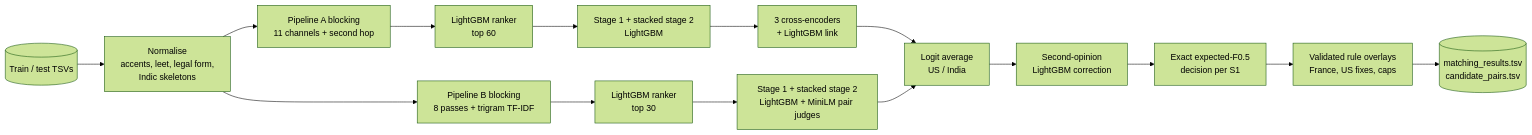
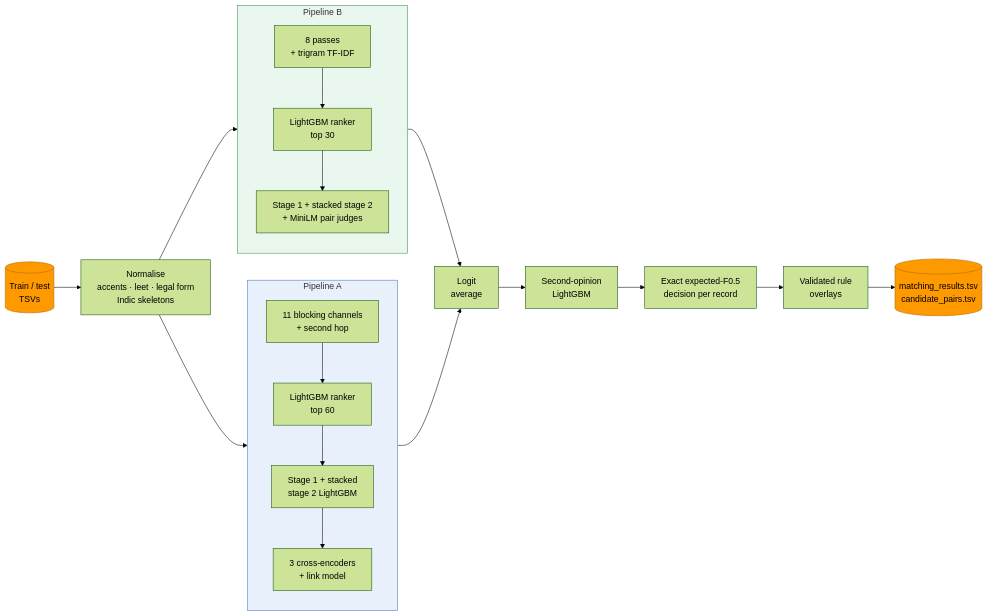
The second of 2 diagrams in README.md (TanmayRawal/amazon_ml_challenge), drawn with Mermaid (forest theme) before and after one commit. The commit also changed other lines of this file and 1 other file, not shown here.

Commit message:
Redesign README with banner, results chart, architecture diagram and stage guide

````diff
--- a/README.md
+++ b/README.md
@@ -29,17 +97,30 @@
 ```mermaid
 flowchart LR
-    D[(Train / test TSVs)] --> N[Normalise<br/>accents, leet, legal form,<br/>Indic skeletons]
-    N --> BA[Pipeline A blocking<br/>11 channels + second hop]
-    N --> BB[Pipeline B blocking<br/>8 passes + trigram TF-IDF]
-    BA --> RA[LightGBM ranker<br/>top 60]
-    BB --> RB[LightGBM ranker<br/>top 30]
-    RA --> MA[Stage 1 + stacked stage 2<br/>LightGBM]
-    RB --> MB[Stage 1 + stacked stage 2<br/>LightGBM + MiniLM pair judges]
-    MA --> XA[3 cross-encoders<br/>+ LightGBM link]
-    XA --> E[Logit average<br/>US / India]
+    D[(Train / test<br/>TSVs)]:::data --> N[Normalise<br/>accents · leet · legal form<br/>Indic skeletons]
+
+    subgraph A [Pipeline A]
+        direction TB
+        BA[11 blocking channels<br/>+ second hop] --> RA[LightGBM ranker<br/>top 60]
+        RA --> MA[Stage 1 + stacked<br/>stage 2 LightGBM]
+        MA --> XA[3 cross-encoders<br/>+ link model]
+    end
+
+    subgraph B [Pipeline B]
+        direction TB
+        BB[8 passes<br/>+ trigram TF-IDF] --> RB[LightGBM ranker<br/>top 30]
+        RB --> MB[Stage 1 + stacked stage 2<br/>+ MiniLM pair judges]
+    end
+
+    N --> BA
+    N --> BB
+    XA --> E[Logit<br/>average]
     MB --> E
-    E --> S[Second-opinion<br/>LightGBM correction]
-    S --> DTA[Exact expected-F0.5<br/>decision per S1]
-    DTA --> R[Validated rule overlays<br/>France, US fixes, caps]
-    R --> O[(matching_results.tsv<br/>candidate_pairs.tsv)]
+    E --> S[Second-opinion<br/>LightGBM]
+    S --> DTA[Exact expected-F0.5<br/>decision per record]
+    DTA --> R[Validated rule<br/>overlays]
+    R --> O[(matching_results.tsv<br/>candidate_pairs.tsv)]:::data
+
+    classDef data fill:#ff9900,stroke:#b36b00,color:#000
+    style A fill:#e8f1fb,stroke:#4a78b5
+    style B fill:#eaf7ee,stroke:#3d8f58
 ```
````
